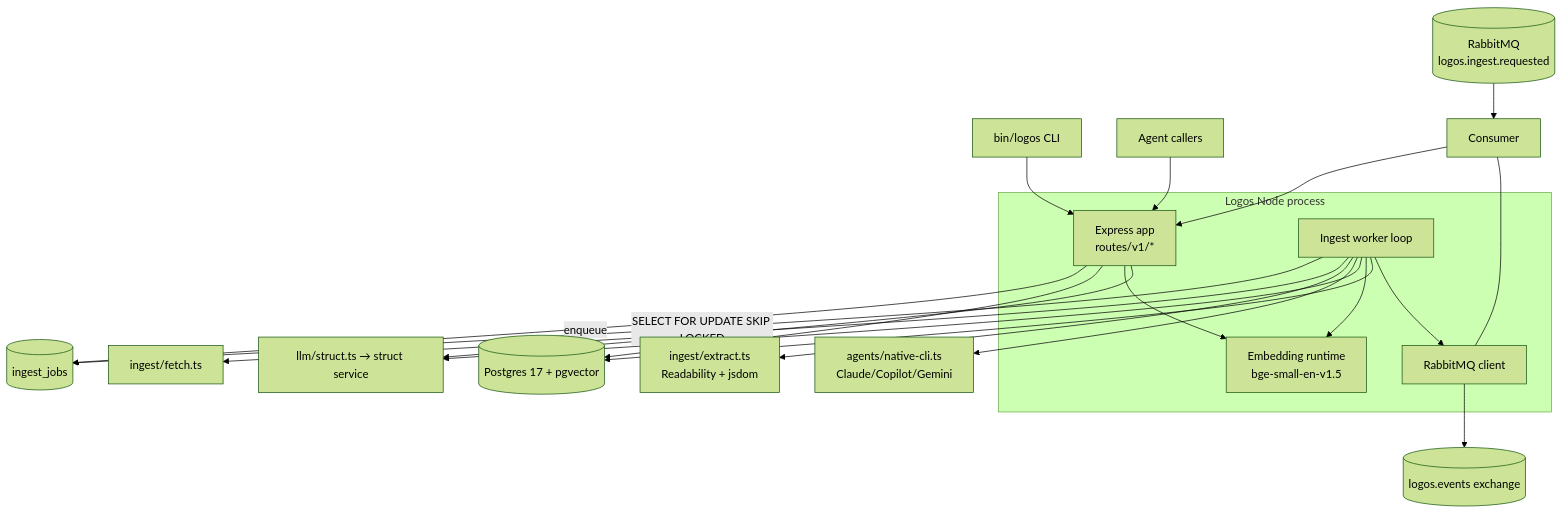
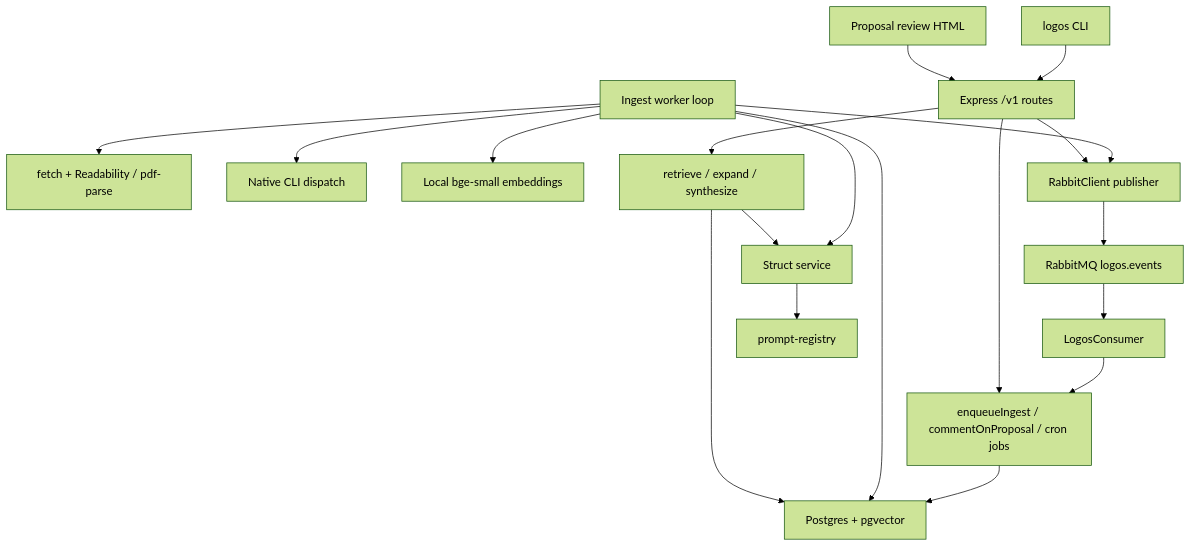
Before and after one commit to Jeffrey-Keyser/project-wiki: the diagram in content/repos/Jeffrey-Keyser-logos/Architecture.md, drawn with Mermaid (forest theme). The commit also changed other lines of this file and 150 other files, not shown here.

````diff
--- a/content/repos/Jeffrey-Keyser-logos/Architecture.md
+++ b/content/repos/Jeffrey-Keyser-logos/Architecture.md
@@ -10,29 +15,21 @@
 ```mermaid
 flowchart TB
-  CLI[bin/logos CLI] --> HTTP
-  Agents[Agent callers] --> HTTP
-  MQin[(RabbitMQ<br/>logos.ingest.requested)] --> Consumer
-  Consumer --> HTTP
-
-  subgraph LogosProcess[Logos Node process]
-    HTTP[Express app<br/>routes/v1/*]
-    Worker[Ingest worker loop]
-    Embed[Embedding runtime<br/>bge-small-en-v1.5]
-    Bus[RabbitMQ client]
-  end
-
-  HTTP -->|enqueue| Jobs[(ingest_jobs)]
-  Worker -->|SELECT FOR UPDATE SKIP LOCKED| Jobs
-  Worker --> Fetch[ingest/fetch.ts]
-  Worker --> Extract[ingest/extract.ts<br/>Readability + jsdom]
-  Worker --> NativeCLI[agents/native-cli.ts<br/>Claude/Copilot/Gemini]
-  Worker --> Struct[llm/struct.ts → struct service]
-  Worker --> Embed
-  Worker --> DB[(Postgres 17 + pgvector)]
-  HTTP --> DB
-  HTTP --> Embed
-  HTTP --> Struct
-  Worker --> Bus
-  Bus --> MQout[(logos.events exchange)]
-  Consumer --- Bus
+  CLI["logos CLI"] --> API
+  Browser["Proposal review HTML"] --> API
+  MQ["RabbitMQ logos.events"] --> Consumer["LogosConsumer"]
+  Consumer --> Svc["enqueueIngest / commentOnProposal / cron jobs"]
+  API["Express /v1 routes"] --> Svc
+  Svc --> DB["Postgres + pgvector"]
+  Worker["Ingest worker loop"] --> DB
+  Worker --> Fetch["fetch + Readability / pdf-parse"]
+  Worker --> Native["Native CLI dispatch"]
+  Worker --> Struct["Struct service"]
+  Worker --> Embed["Local bge-small embeddings"]
+  API --> Query["retrieve / expand / synthesize"]
+  Query --> DB
+  Query --> Struct
+  Struct --> Prompts["prompt-registry"]
+  Worker --> Pub["RabbitClient publisher"]
+  API --> Pub
+  Pub --> MQ
 ```
````
